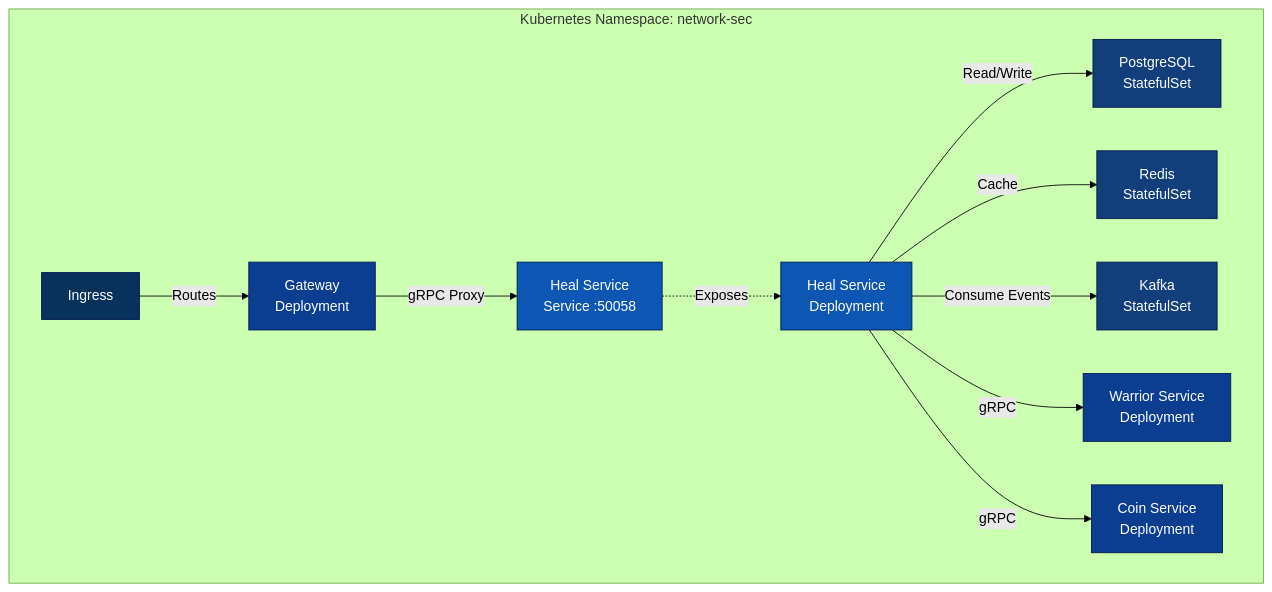
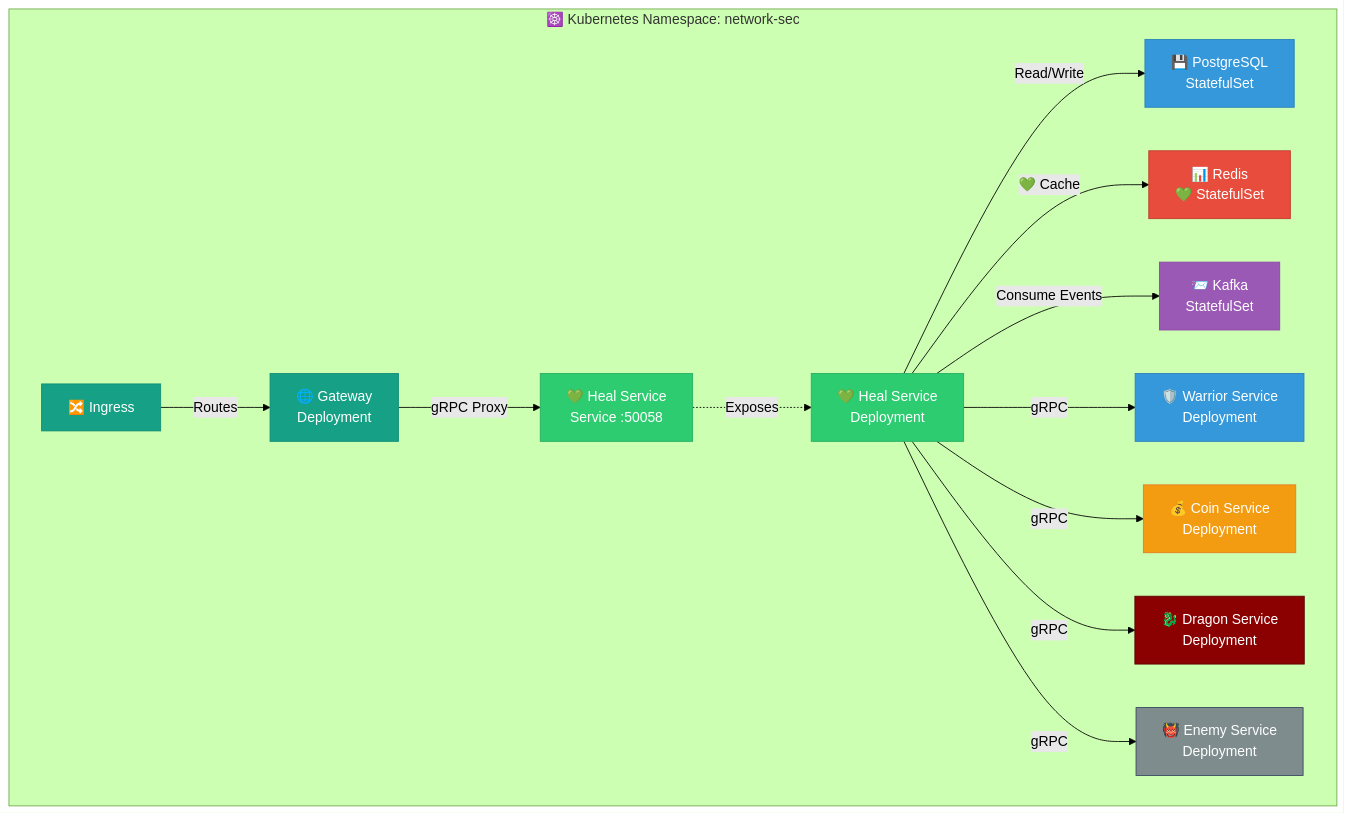
Diagram 31 of 36 in README.md (tiraten-bot/network-sec-micro), drawn with Mermaid (forest theme) before and after one commit. The commit also changed other lines of this file, not shown here.

Commit message:
Enhance README.md by adding emoji annotations to the Kubernetes Deployment section, improving visual appeal and clarity. Updated service names and styles, including the addition of Dragon and Enemy services, to better differentiate components in the architecture diagram.

````diff
--- a/README.md
+++ b/README.md
@@ -1722,33 +1722,39 @@
 ```mermaid
 graph TB
-    subgraph "Kubernetes Namespace: network-sec"
-        KSPG[PostgreSQL<br/>StatefulSet]
-        KSR[Redis<br/>StatefulSet]
-        KSK[Kafka<br/>StatefulSet]
-        KSH[Heal Service<br/>Deployment]
-        KSW[Warrior Service<br/>Deployment]
-        KSC[Coin Service<br/>Deployment]
-        KSGW[Gateway<br/>Deployment]
-        KSSH[Heal Service<br/>Service :50058]
-        KSING[Ingress]
+    subgraph "☸️ Kubernetes Namespace: network-sec"
+        KSPG[💾 PostgreSQL<br/>StatefulSet]
+        KSR[📊 Redis<br/>💚 StatefulSet]
+        KSK[📨 Kafka<br/>StatefulSet]
+        KSH[💚 Heal Service<br/>Deployment]
+        KSW[🛡️ Warrior Service<br/>Deployment]
+        KSC[💰 Coin Service<br/>Deployment]
+        KSD[🐉 Dragon Service<br/>Deployment]
+        KSE[👹 Enemy Service<br/>Deployment]
+        KSGW[🌐 Gateway<br/>Deployment]
+        KSSH[💚 Heal Service<br/>Service :50058]
+        KSING[🔀 Ingress]
     end
     
     KSH -->|Read/Write| KSPG
-    KSH -->|Cache| KSR
+    KSH -->|💚 Cache| KSR
     KSH -->|Consume Events| KSK
     KSH -->|gRPC| KSW
     KSH -->|gRPC| KSC
+    KSH -->|gRPC| KSD
+    KSH -->|gRPC| KSE
     KSSH -.->|Exposes| KSH
     KSGW -->|gRPC Proxy| KSSH
     KSING -->|Routes| KSGW
     
-    style KSH fill:#0d56b3,stroke:#001a4d,color:#ffffff
-    style KSPG fill:#133e7c,stroke:#001a4d,color:#ffffff
-    style KSR fill:#133e7c,stroke:#001a4d,color:#ffffff
-    style KSK fill:#133e7c,stroke:#001a4d,color:#ffffff
-    style KSW fill:#0b3d91,stroke:#001a4d,color:#ffffff
-    style KSC fill:#0b3d91,stroke:#001a4d,color:#ffffff
-    style KSGW fill:#0b3d91,stroke:#001a4d,color:#ffffff
-    style KSSH fill:#0d56b3,stroke:#001a4d,color:#ffffff
-    style KSING fill:#08315c,stroke:#001a4d,color:#ffffff
+    style KSH fill:#2ecc71,stroke:#27ae60,color:#ffffff
+    style KSPG fill:#3498db,stroke:#2980b9,color:#ffffff
+    style KSR fill:#e74c3c,stroke:#c0392b,color:#ffffff
+    style KSK fill:#9b59b6,stroke:#8e44ad,color:#ffffff
+    style KSW fill:#3498db,stroke:#2980b9,color:#ffffff
+    style KSC fill:#f39c12,stroke:#e67e22,color:#ffffff
+    style KSD fill:#8b0000,stroke:#5a0000,color:#ffffff
+    style KSE fill:#7f8c8d,stroke:#34495e,color:#ffffff
+    style KSGW fill:#16a085,stroke:#138d75,color:#ffffff
+    style KSSH fill:#2ecc71,stroke:#27ae60,color:#ffffff
+    style KSING fill:#16a085,stroke:#138d75,color:#ffffff
 ```
````
